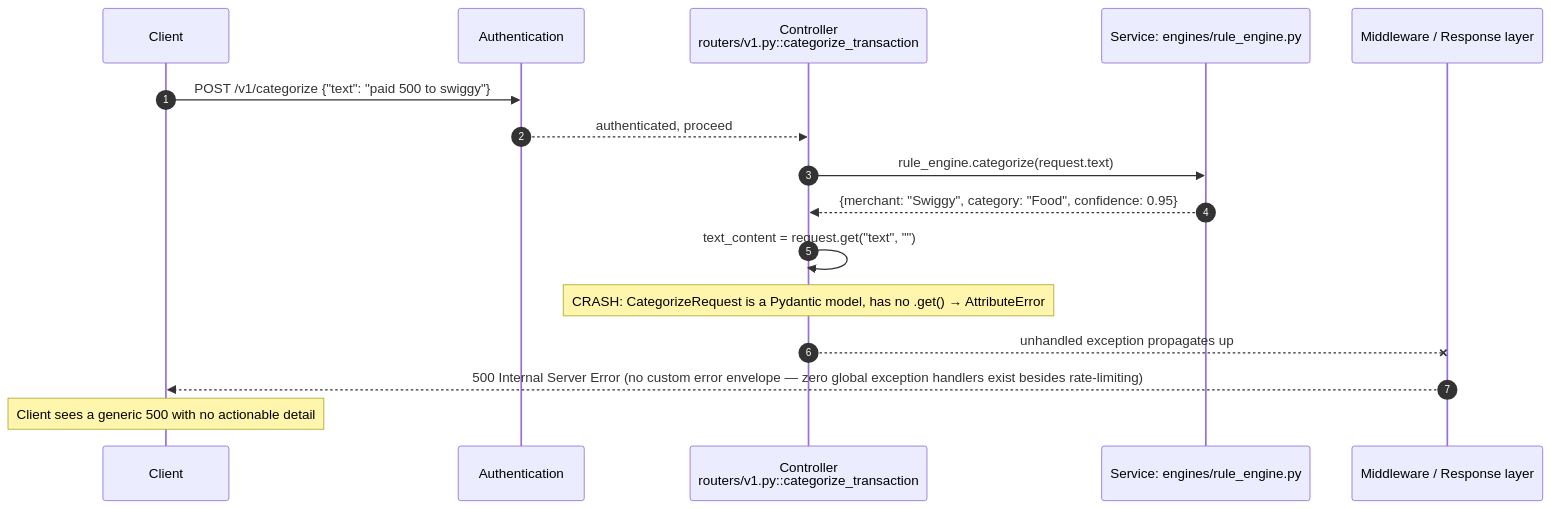
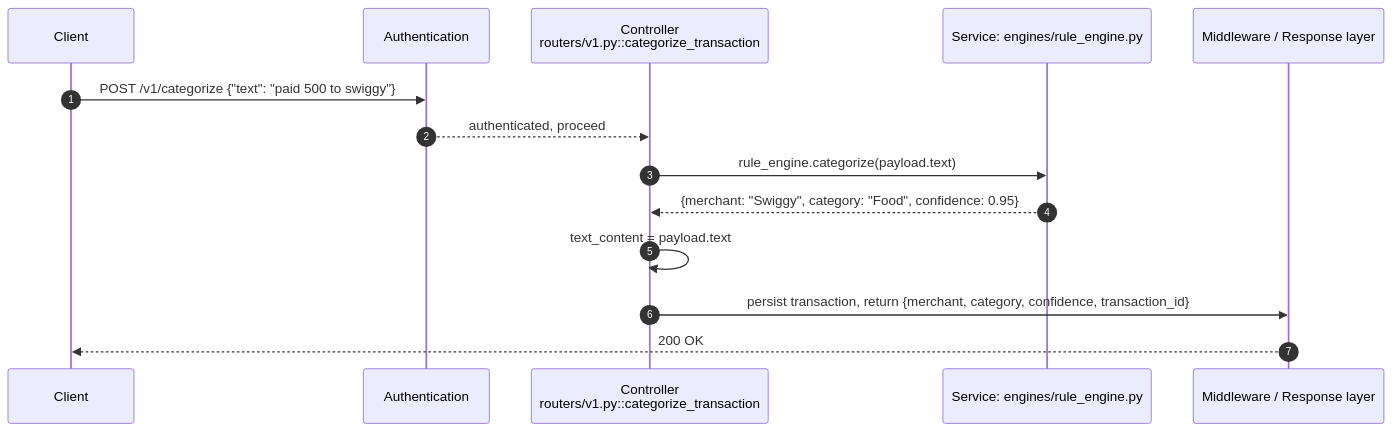
The sixth of 6 diagrams in docs/19-system-design-walkthrough.md (lokeshramchand-ctrl/velar-backend), drawn with Mermaid before and after one commit. The commit also changed other lines of this file and 34 other files, not shown here.

````diff
--- a/docs/19-system-design-walkthrough.md
+++ b/docs/19-system-design-walkthrough.md
@@ -250,19 +250,17 @@
 ```mermaid
 sequenceDiagram
     autonumber
     participant U as Client
     participant Auth as Authentication
     participant Ctl as Controller<br/>routers/v1.py::categorize_transaction
     participant RE as Service: engines/rule_engine.py
     participant Mw as Middleware / Response layer
 
     U->>Auth: POST /v1/categorize {"text": "paid 500 to swiggy"}
     Auth-->>Ctl: authenticated, proceed
-    Ctl->>RE: rule_engine.categorize(request.text)
+    Ctl->>RE: rule_engine.categorize(payload.text)
     RE-->>Ctl: {merchant: "Swiggy", category: "Food", confidence: 0.95}
-    Ctl->>Ctl: text_content = request.get("text", "")
-    Note over Ctl: CRASH: CategorizeRequest is a Pydantic model, has no .get() → AttributeError
-    Ctl--xMw: unhandled exception propagates up
-    Mw-->>U: 500 Internal Server Error (no custom error envelope — zero global exception handlers exist besides rate-limiting)
-    Note over U: Client sees a generic 500 with no actionable detail
+    Ctl->>Ctl: text_content = payload.text
+    Ctl->>Mw: persist transaction, return {merchant, category, confidence, transaction_id}
+    Mw-->>U: 200 OK
 ```
````
